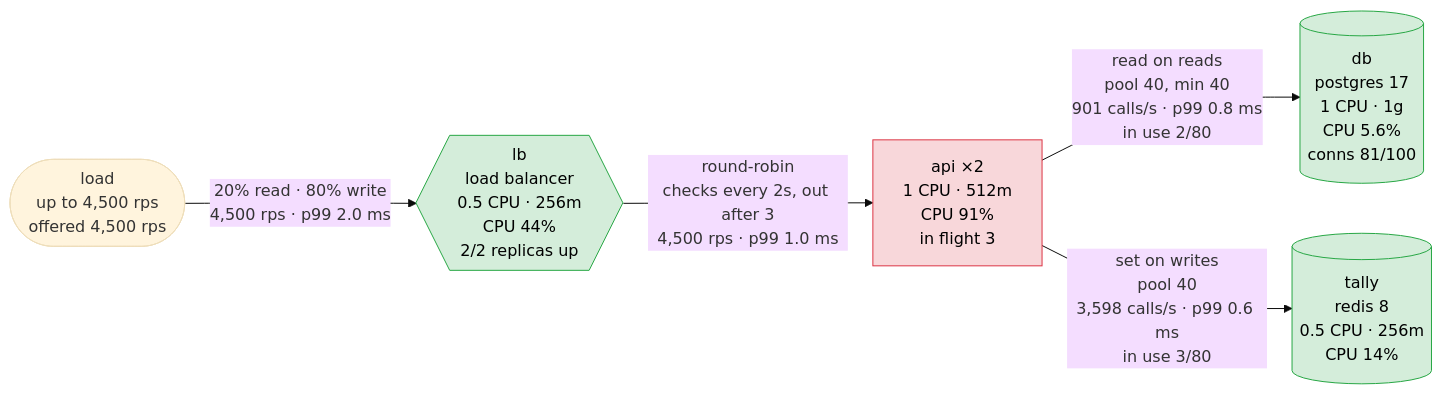
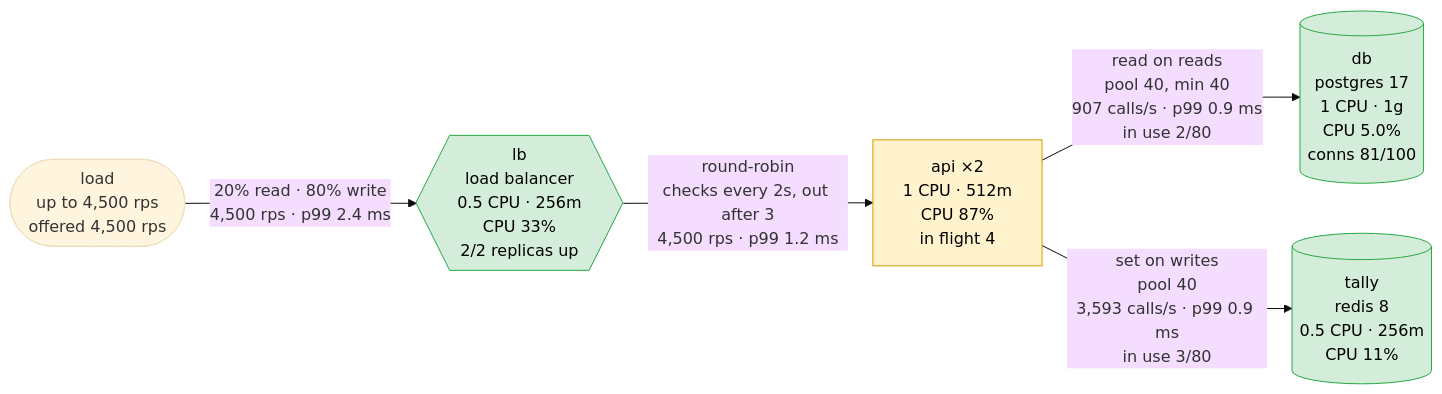
One commit to akinfemi/load-lore changed the first of 5 diagrams in scenarios/live-vote/solutions/redis-tally/report.md. Above: the diagram before and after it, drawn with Mermaid (base theme). The commit also changed other lines of this file and 71 other files, not shown here.

First line of the commit message:
Re-measure the library on rules version 21; warm-pool storms are reconnections

````diff
--- a/scenarios/live-vote/solutions/redis-tally/report.md
+++ b/scenarios/live-vote/solutions/redis-tally/report.md
@@ -15,17 +15,17 @@
 ```mermaid
 flowchart LR
     load(["load<br/>up to 4,500 rps<br/>offered 4,500 rps"])
-    lb{{"lb<br/>load balancer<br/>0.5 CPU · 256m<br/>CPU 44%<br/>2/2 replicas up"}}
-    api["api ×2<br/>1 CPU · 512m<br/>CPU 91%<br/>in flight 3"]
-    db[("db<br/>postgres 17<br/>1 CPU · 1g<br/>CPU 5.6%<br/>conns 81/100")]
-    tally[("tally<br/>redis 8<br/>0.5 CPU · 256m<br/>CPU 14%")]
-    load -->|"20% read · 80% write<br/>4,500 rps · p99 2.0 ms"| lb
-    lb -->|"round-robin<br/>checks every 2s, out after 3<br/>4,500 rps · p99 1.0 ms"| api
-    api -->|"read on reads<br/>pool 40, min 40<br/>901 calls/s · p99 0.8 ms<br/>in use 2/80"| db
-    api -->|"set on writes<br/>pool 40<br/>3,598 calls/s · p99 0.6 ms<br/>in use 3/80"| tally
+    lb{{"lb<br/>load balancer<br/>0.5 CPU · 256m<br/>CPU 33%<br/>2/2 replicas up"}}
+    api["api ×2<br/>1 CPU · 512m<br/>CPU 87%<br/>in flight 4"]
+    db[("db<br/>postgres 17<br/>1 CPU · 1g<br/>CPU 5.0%<br/>conns 81/100")]
+    tally[("tally<br/>redis 8<br/>0.5 CPU · 256m<br/>CPU 11%")]
+    load -->|"20% read · 80% write<br/>4,500 rps · p99 2.4 ms"| lb
+    lb -->|"round-robin<br/>checks every 2s, out after 3<br/>4,500 rps · p99 1.2 ms"| api
+    api -->|"read on reads<br/>pool 40, min 40<br/>907 calls/s · p99 0.9 ms<br/>in use 2/80"| db
+    api -->|"set on writes<br/>pool 40<br/>3,593 calls/s · p99 0.9 ms<br/>in use 3/80"| tally
     classDef ok fill:#d4edda,stroke:#28a745,color:#000
     classDef warm fill:#fff3cd,stroke:#d39e00,color:#000
     classDef hot fill:#f8d7da,stroke:#dc3545,color:#000
     class lb,db,tally ok
-    class api hot
+    class api warm
 ```
````
